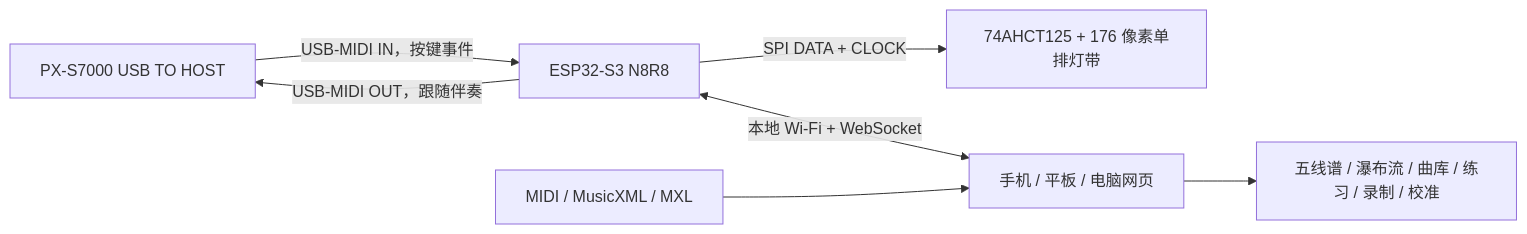
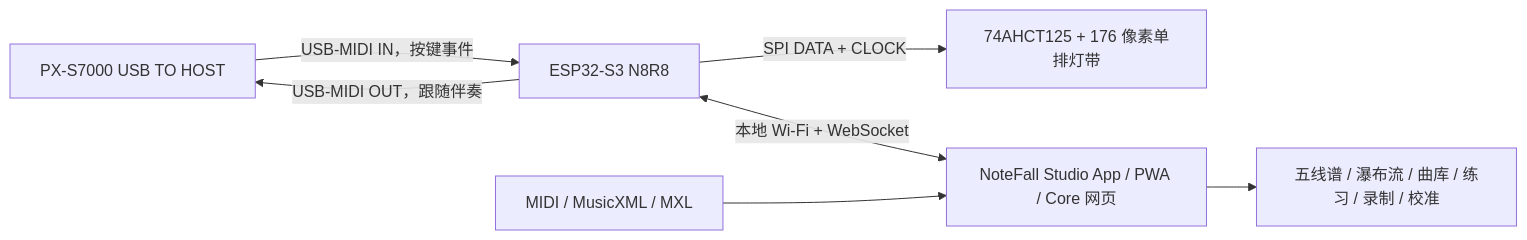
The diagram in docs/architecture.md (cheguevara-great-man/notefall88-px-s7000), drawn with Mermaid before and after one commit. The commit also changed other lines of this file and 107 other files, not shown here.

Commit message:
feat: add Studio native tablet app

````diff
--- a/docs/architecture.md
+++ b/docs/architecture.md
@@ -7,9 +7,9 @@
 ```mermaid
 flowchart LR
   P["PX-S7000 USB TO HOST"] -->|"USB-MIDI IN，按键事件"| E["ESP32-S3 N8R8"]
   E -->|"USB-MIDI OUT，跟随伴奏"| P
   E -->|"SPI DATA + CLOCK"| L["74AHCT125 + 176 像素单排灯带"]
-  E <-->|"本地 Wi-Fi + WebSocket"| W["手机 / 平板 / 电脑网页"]
+  E <-->|"本地 Wi-Fi + WebSocket"| W["NoteFall Studio App / PWA / Core 网页"]
   F["MIDI / MusicXML / MXL"] --> W
   W --> V["五线谱 / 瀑布流 / 曲库 / 练习 / 录制 / 校准"]
 ```
````
